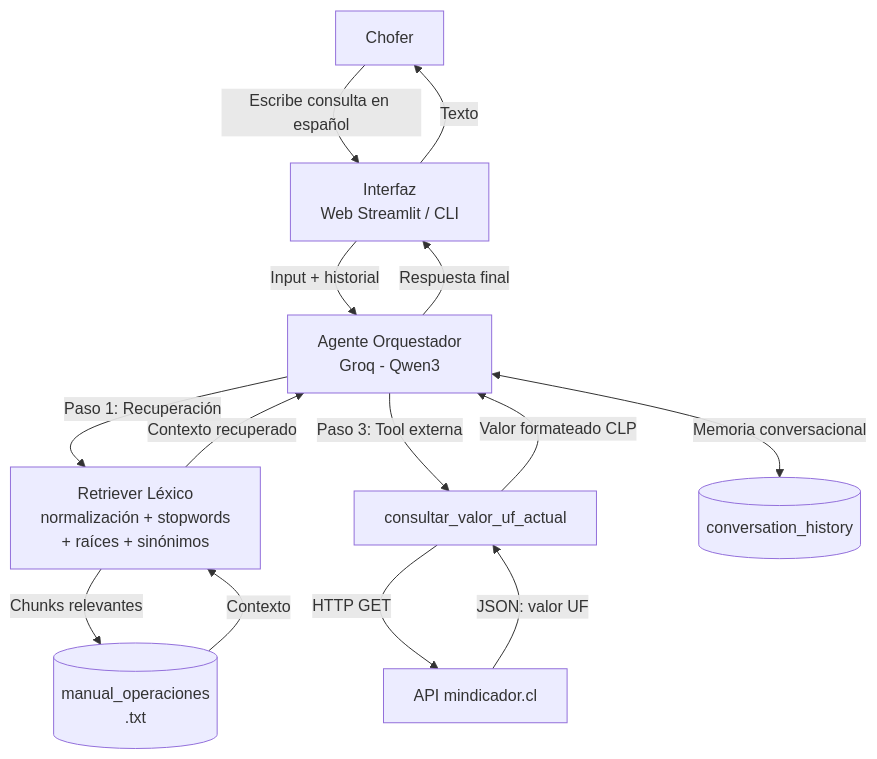
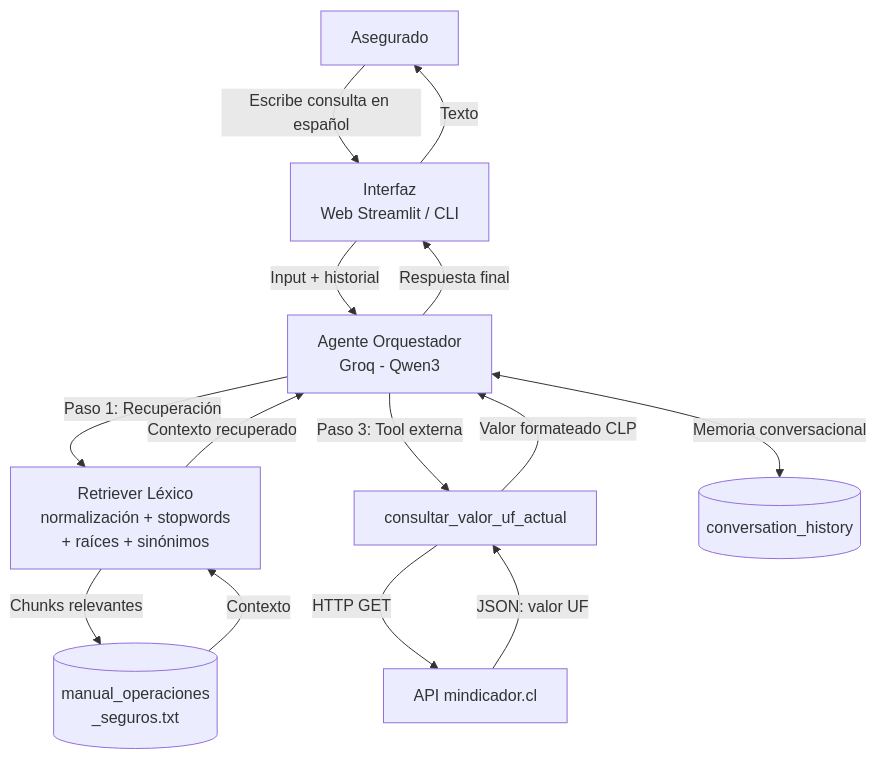
The diagram in docs/arquitectura.md (niccastillo23/ev1IA), drawn with Mermaid before and after one commit. The commit also changed other lines of this file and 10 other files, not shown here.

````diff
--- a/docs/arquitectura.md
+++ b/docs/arquitectura.md
@@ -5,21 +5,21 @@
 ```mermaid
 flowchart TD
-    A[Chofer] -->|Escribe consulta en español| B[Interfaz<br/>Web Streamlit / CLI]
+    A[Asegurado] -->|Escribe consulta en español| B[Interfaz<br/>Web Streamlit / CLI]
     B -->|Input + historial| C[Agente Orquestador<br/>Groq - Qwen3]
 
     C -->|Paso 1: Recuperación| D[Retriever Léxico<br/>normalización + stopwords<br/>+ raíces + sinónimos]
     C -->|Paso 3: Tool externa| E[consultar_valor_uf_actual]
 
-    D -->|Chunks relevantes| F[(manual_operaciones<br/>.txt)]
+    D -->|Chunks relevantes| F[(manual_operaciones<br/>_seguros.txt)]
     F -->|Contexto| D
     D -->|Contexto recuperado| C
 
     E -->|HTTP GET| G[API mindicador.cl]
     G -->|JSON: valor UF| E
     E -->|Valor formateado CLP| C
 
     C -->|Respuesta final| B
     B -->|Texto| A
 
     C <-->|Memoria conversacional| H[(conversation_history)]
 ```
````
